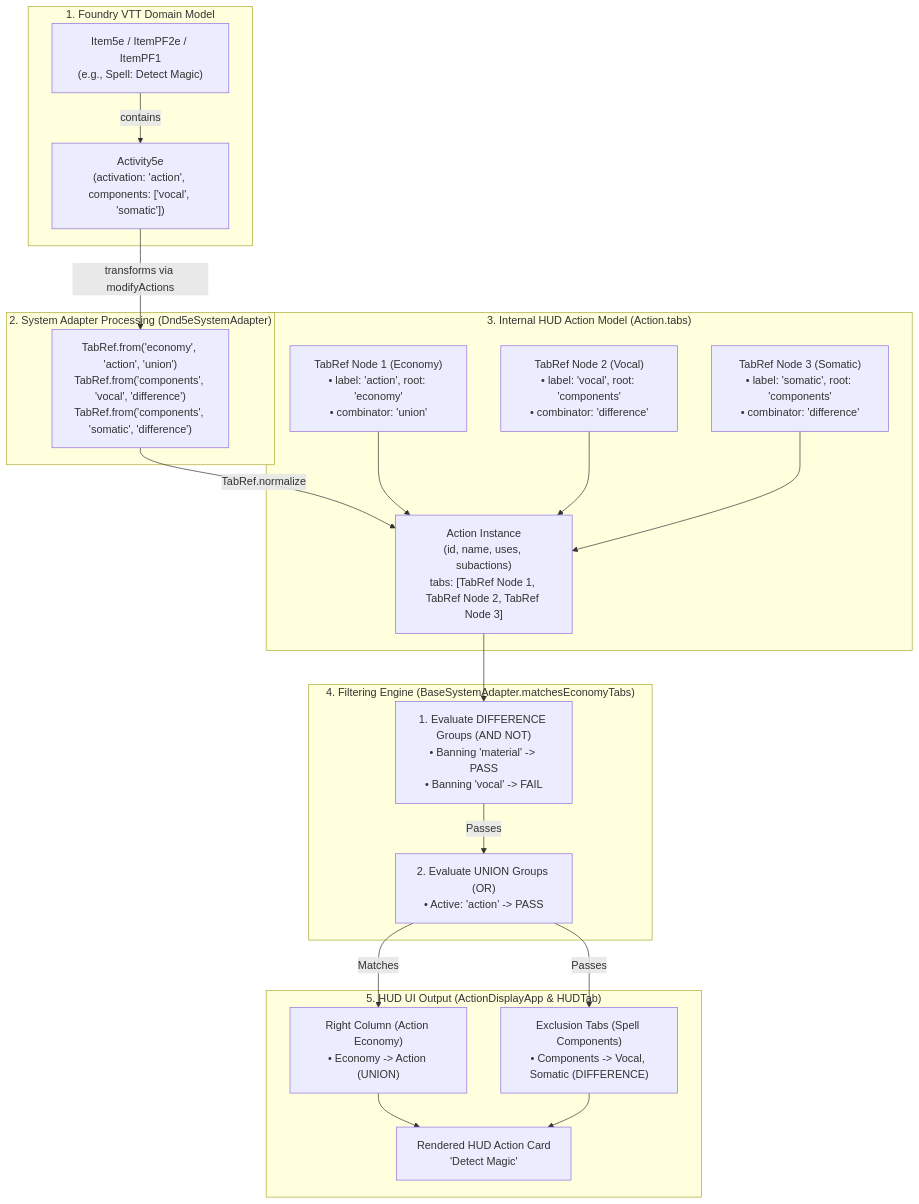
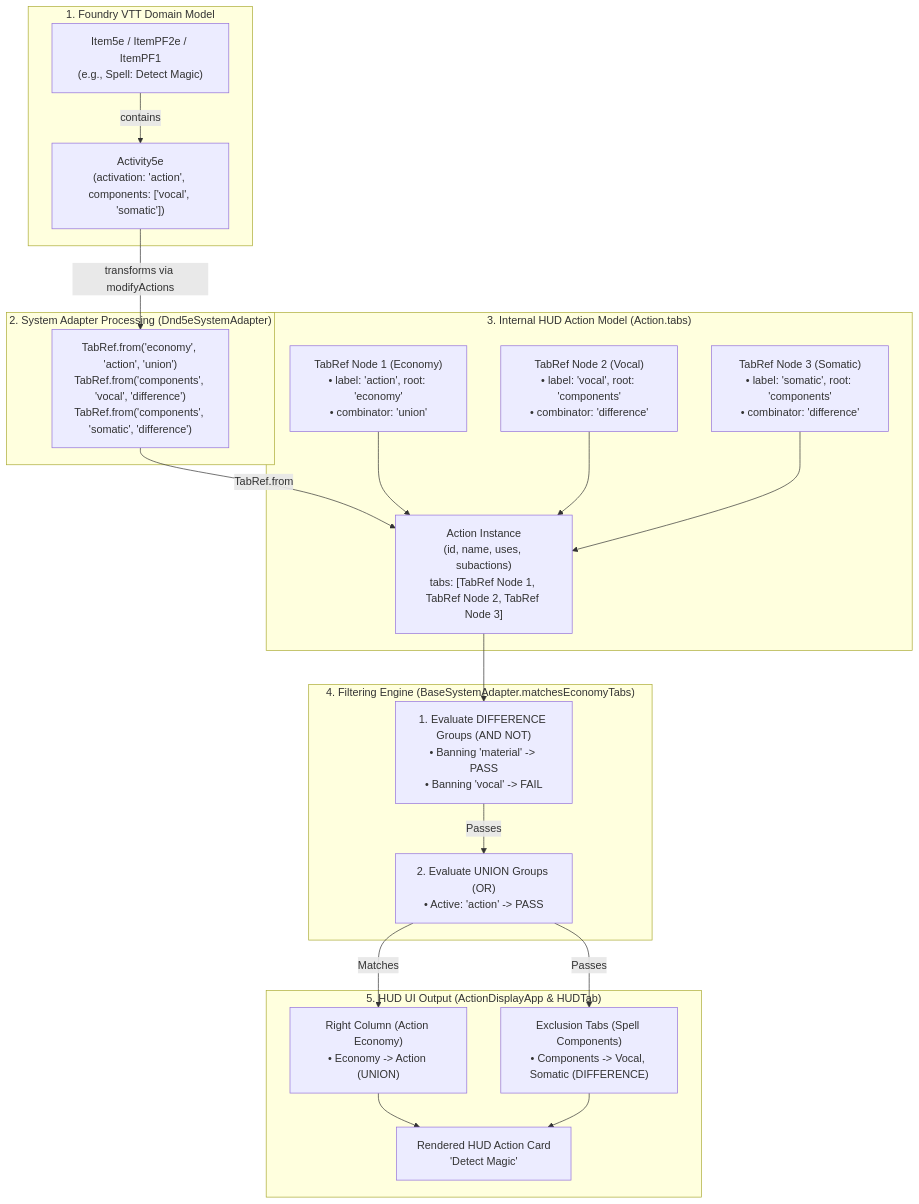
The third of 3 diagrams in docs/architecture_guide.md (aljames-arctic/bakana-action-display), drawn with Mermaid before and after one commit. The commit also changed other lines of this file and 10 other files, not shown here.

````diff
--- a/docs/architecture_guide.md
+++ b/docs/architecture_guide.md
@@ -298,42 +295,42 @@
 ```mermaid
 flowchart TD
     subgraph Foundry ["1. Foundry VTT Domain Model"]
         FoundryItem["Item5e / ItemPF2e / ItemPF1\n(e.g., Spell: Detect Magic)"]
         FoundryActivity["Activity5e\n(activation: 'action', components: ['vocal', 'somatic'])"]
         FoundryItem -->|contains| FoundryActivity
     end
 
     subgraph SystemAdapter ["2. System Adapter Processing (Dnd5eSystemAdapter)"]
         TabRefGen["TabRef.from('economy', 'action', 'union')\nTabRef.from('components', 'vocal', 'difference')\nTabRef.from('components', 'somatic', 'difference')"]
         FoundryActivity -->|transforms via modifyActions| TabRefGen
     end
 
     subgraph InternalModel ["3. Internal HUD Action Model (Action.tabs)"]
         TabRefNode1["TabRef Node 1 (Economy)\n• label: 'action', root: 'economy'\n• combinator: 'union'"]
         TabRefNode2["TabRef Node 2 (Vocal)\n• label: 'vocal', root: 'components'\n• combinator: 'difference'"]
         TabRefNode3["TabRef Node 3 (Somatic)\n• label: 'somatic', root: 'components'\n• combinator: 'difference'"]
         
-        TabRefGen -->|TabRef.normalize| ActionObj["Action Instance\n(id, name, uses, subactions)\ntabs: [TabRef Node 1, TabRef Node 2, TabRef Node 3]"]
+        TabRefGen -->|TabRef.from| ActionObj["Action Instance\n(id, name, uses, subactions)\ntabs: [TabRef Node 1, TabRef Node 2, TabRef Node 3]"]
         TabRefNode1 --> ActionObj
         TabRefNode2 --> ActionObj
         TabRefNode3 --> ActionObj
     end
 
     subgraph FilteringEngine ["4. Filtering Engine (BaseSystemAdapter.matchesEconomyTabs)"]
         DiffCheck["1. Evaluate DIFFERENCE Groups (AND NOT)\n• Banning 'material' -> PASS\n• Banning 'vocal' -> FAIL"]
         UnionCheck["2. Evaluate UNION Groups (OR)\n• Active: 'action' -> PASS"]
         ActionObj --> DiffCheck
         DiffCheck -->|Passes| UnionCheck
     end
 
     subgraph HUDRender ["5. HUD UI Output (ActionDisplayApp & HUDTab)"]
         RightColumn["Right Column (Action Economy)\n• Economy -> Action (UNION)"]
         ExclusionColumn["Exclusion Tabs (Spell Components)\n• Components -> Vocal, Somatic (DIFFERENCE)"]
         ActionCard["Rendered HUD Action Card\n'Detect Magic'"]
         
         UnionCheck -->|Matches| RightColumn
         UnionCheck -->|Passes| ExclusionColumn
         RightColumn --> ActionCard
         ExclusionColumn --> ActionCard
     end
 ```
````
